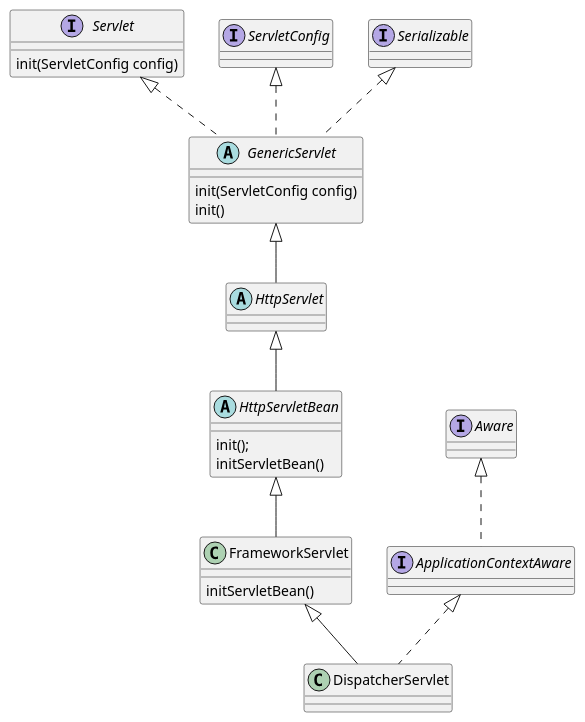
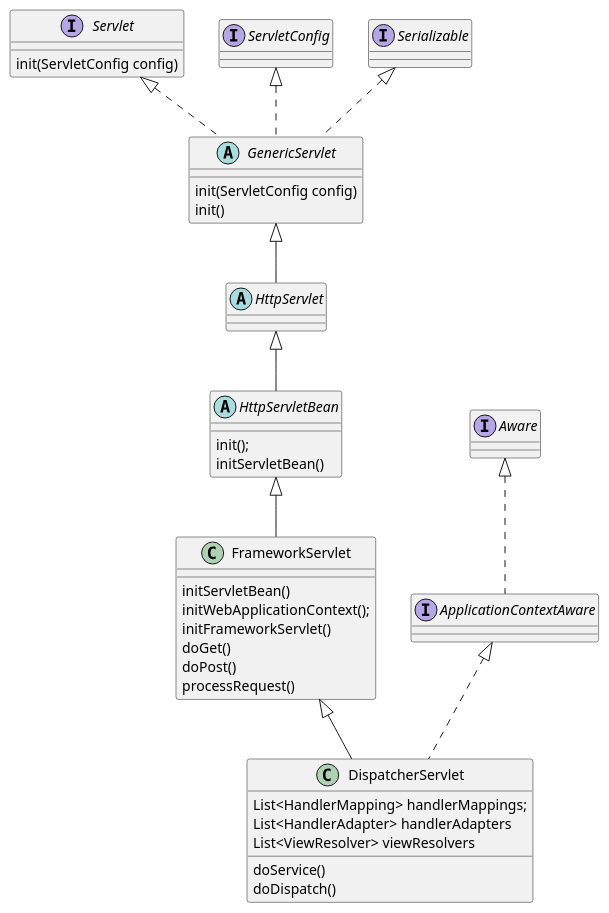
The diagram in src/main/java/org/huyong/my/spring/mvc/DispatcherServlet.puml (huyong1023/my), drawn with PlantUML before and after one commit. The commit also changed 52 other files, not shown here.

```diff
--- a/src/main/java/org/huyong/my/spring/mvc/DispatcherServlet.puml
+++ b/src/main/java/org/huyong/my/spring/mvc/DispatcherServlet.puml
@@ -1,51 +1,70 @@
 @startuml
 
 interface Servlet {
     init(ServletConfig config)
 }
 interface ServletConfig
 interface Serializable
 
 abstract class  GenericServlet{
     init(ServletConfig config)
     init()
+
 }
 
 abstract class HttpServlet{
 
 }
 
 abstract class FrameworkServlet
 
-class DispatcherServlet
+class DispatcherServlet {
+
+}
 
 
 interface Aware
 interface ApplicationContextAware
 
 
 abstract class HttpServletBean{
     init();
     initServletBean()
 }
 
 class FrameworkServlet {
     initServletBean()
+    initWebApplicationContext();
+    initFrameworkServlet()
+
+
+    doGet()
+    doPost()
+    processRequest()
 }
 
+
+class DispatcherServlet{
+    List<HandlerMapping> handlerMappings;
+    List<HandlerAdapter> handlerAdapters
+    List<ViewResolver> viewResolvers
+
+    doService()
+    doDispatch()
+}
 
 Aware <|.. ApplicationContextAware
 ApplicationContextAware <|.. DispatcherServlet
 
 
 Servlet <|.. GenericServlet
 ServletConfig <|.. GenericServlet
 Serializable <|.. GenericServlet
 
 GenericServlet <|-- HttpServlet
 HttpServlet <|-- HttpServletBean
 HttpServletBean <|-- FrameworkServlet
 FrameworkServlet <|-- DispatcherServlet
 
 
 @enduml
```
